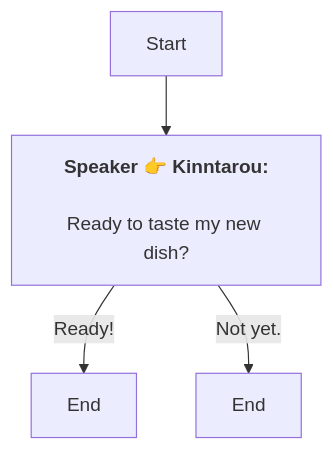
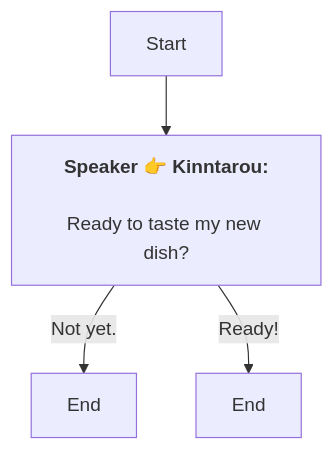
One commit to SoftHu/tos_avg changed the diagram in En/QuestTalkObjectiveNode_1757653813027427.md. Above: the diagram before and after it, drawn with Mermaid. The commit also changed other lines of this file and 780 other files, not shown here.

````diff
--- a/En/QuestTalkObjectiveNode_1757653813027427.md
+++ b/En/QuestTalkObjectiveNode_1757653813027427.md
@@ -1,8 +1,8 @@
 ```mermaid
 graph
 Start -->1757654079816294[<b>Speaker 👉 Kinntarou:</b>
 \nReady to taste my new dish?]
+1757654079816294 -->|Not yet.|1757655008383597[End]
 1757654079816294 -->|Ready!|1757655003113068[End]
-1757654079816294 -->|Not yet.|1757655008383597[End]
 
 ```
````
